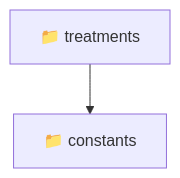
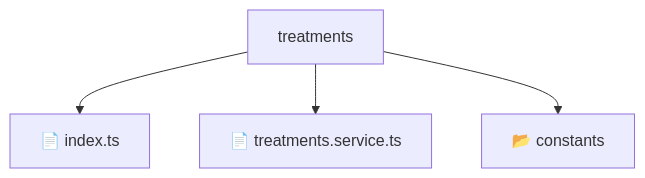
Before and after one commit to beginwebdev2002/fullstack-mavluda: the diagram in frontend/src/entities/treatments/README.md, drawn with Mermaid. The commit also changed other lines of this file and 155 other files, not shown here.

````diff
--- a/frontend/src/entities/treatments/README.md
+++ b/frontend/src/entities/treatments/README.md
@@ -10,5 +14,7 @@
 ```mermaid
 graph TD
-  Root["📁 treatments"]
-  Root --> constants["📁 constants"]
+    Root[treatments]
+    Root --> F0[📄 index.ts]
+    Root --> F1[📄 treatments.service.ts]
+    Root --> F2[📂 constants]
 ```
````
